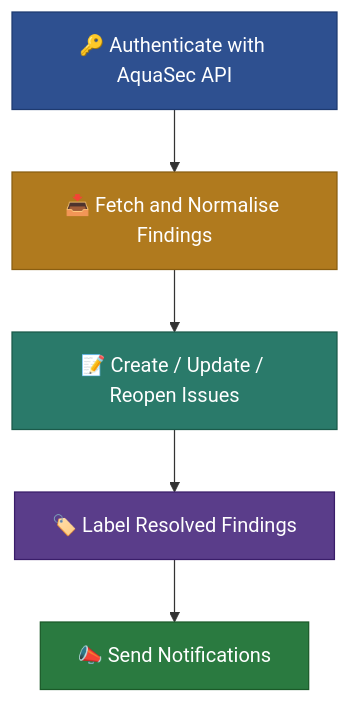
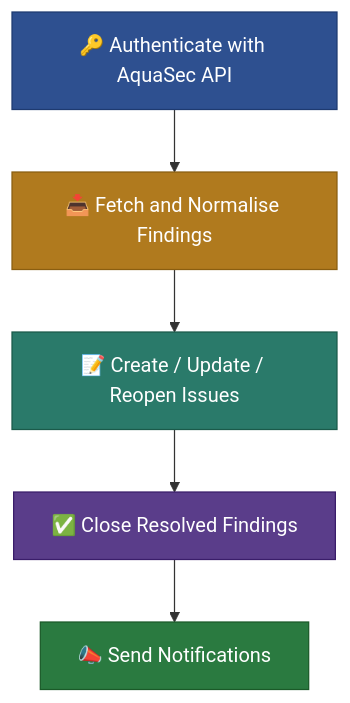
One commit to AbsaOSS/organizational-workflows changed the diagram in docs/security/security.md. Above: the diagram before and after it, drawn with Mermaid. The commit also changed other lines of this file and 11 other files, not shown here.

First line of the commit message:
feat: Removing adept to close label logic (#84)

````diff
--- a/docs/security/security.md
+++ b/docs/security/security.md
@@ -17,16 +17,16 @@
 ```mermaid
 flowchart TD
     A["🔑 Authenticate with AquaSec API"]
     B["📥 Fetch and Normalise Findings"]
     C["📝 Create / Update / Reopen Issues"]
-    D["🏷️ Label Resolved Findings"]
+    D["✅ Close Resolved Findings"]
     E["📣 Send Notifications"]
 
     A --> B --> C --> D --> E
 
     style A fill:#2e5090,color:#fff,stroke:#1e3a70
     style B fill:#b07a1e,color:#fff,stroke:#8a5e10
     style C fill:#2a7a6a,color:#fff,stroke:#1a5a4a
     style D fill:#5a3d8a,color:#fff,stroke:#3a1d6a
     style E fill:#2a7a40,color:#fff,stroke:#1a5a28
 ```
````
